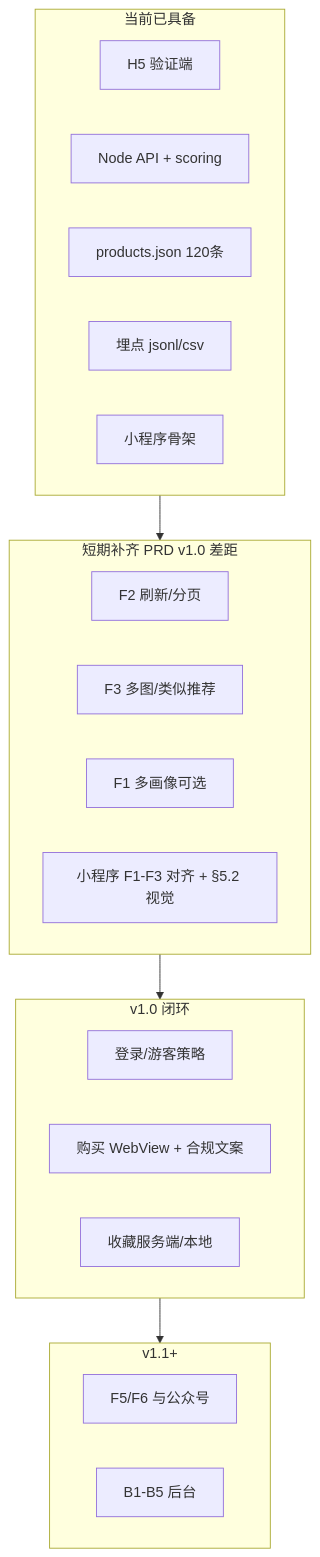
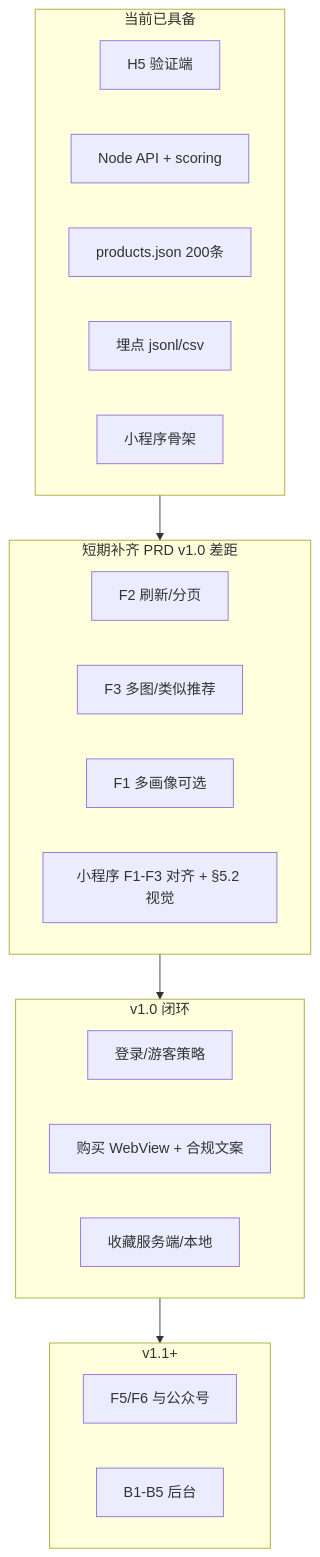
The diagram in develop.md (azhuoinfogs/zhili), drawn with Mermaid before and after one commit. The commit also changed other lines of this file and 11 other files, not shown here.

````diff
--- a/develop.md
+++ b/develop.md
@@ -61,26 +61,26 @@
 ```mermaid
 flowchart TB
   subgraph now [当前已具备]
     H5[H5 验证端]
     API[Node API + scoring]
-    DS[products.json 120条]
+    DS[products.json 200条]
     TE[埋点 jsonl/csv]
     MP[小程序骨架]
   end
   subgraph near [短期补齐 PRD v1.0 差距]
     F2p[F2 刷新/分页]
     F3f[F3 多图/类似推荐]
     F1m[F1 多画像可选]
     MP1[小程序 F1-F3 对齐 + §5.2 视觉]
   end
   subgraph mid [v1.0 闭环]
     AUTH[登录/游客策略]
     CPS[购买 WebView + 合规文案]
     F4s[收藏服务端/本地]
   end
   subgraph later [v1.1+]
     F5F6[F5/F6 与公众号]
     B1B5[B1-B5 后台]
   end
   now --> near --> mid --> later
 ```
````
